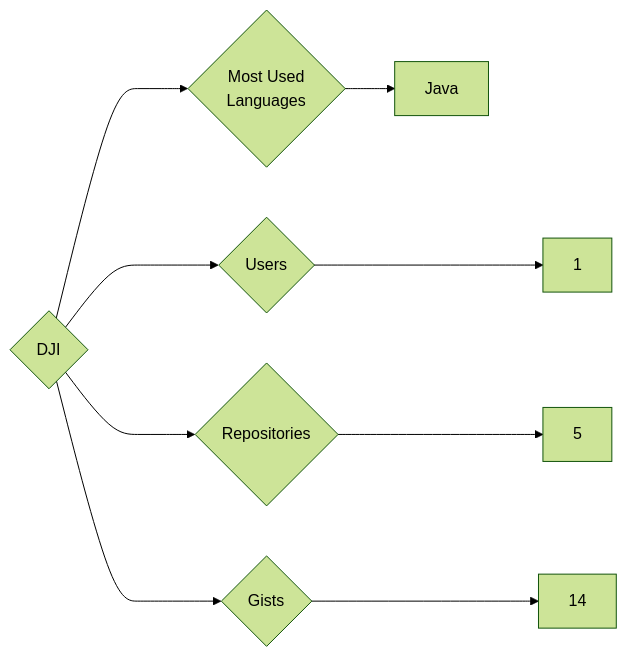
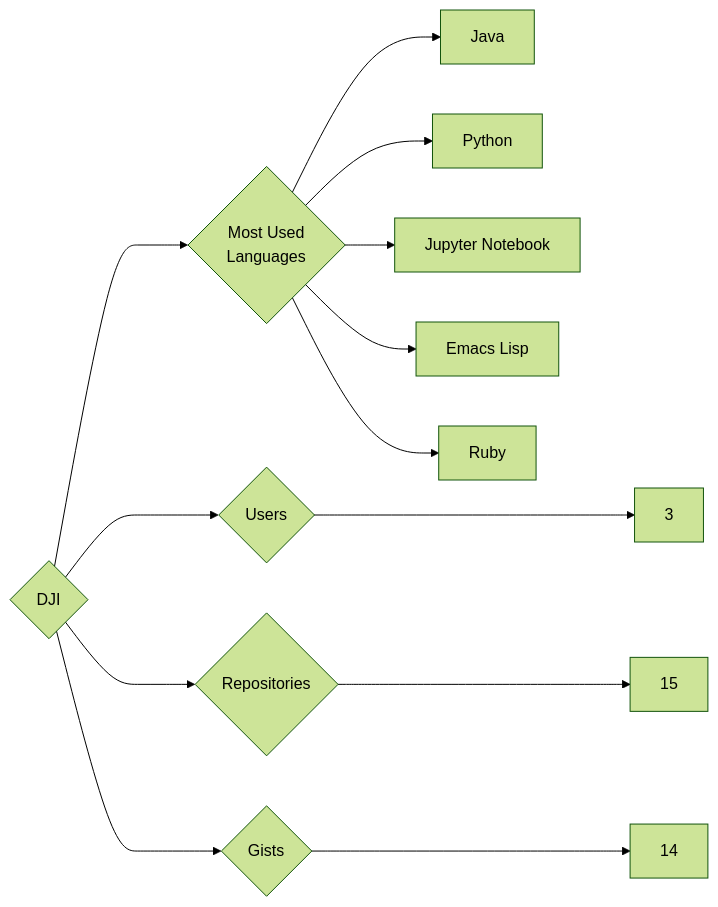
One commit to trickest/insiders changed the diagram in targets/DJI/README.md. Above: the diagram before and after it, drawn with Mermaid (forest theme). The commit also changed 880 other files, not shown here.

````diff
--- a/targets/DJI/README.md
+++ b/targets/DJI/README.md
@@ -3,9 +3,13 @@
 ```mermaid
 graph LR
 COMPANY_NAME{DJI}
-COMPANY_NAME ---> U{Users} ---> UN[1]
-COMPANY_NAME ---> R{Repositories} ---> RN[5]
+COMPANY_NAME ---> U{Users} ---> UN[3]
+COMPANY_NAME ---> R{Repositories} ---> RN[15]
 COMPANY_NAME ---> G{Gists} ---> GN[14]
 COMPANY_NAME ---> ML{Most Used<br>Languages}
 ML --> Java[Java]
+ML --> Python[Python]
+ML --> Jupyter_Notebook[Jupyter Notebook]
+ML --> Emacs_Lisp[Emacs Lisp]
+ML --> Ruby[Ruby]
 ```
````
